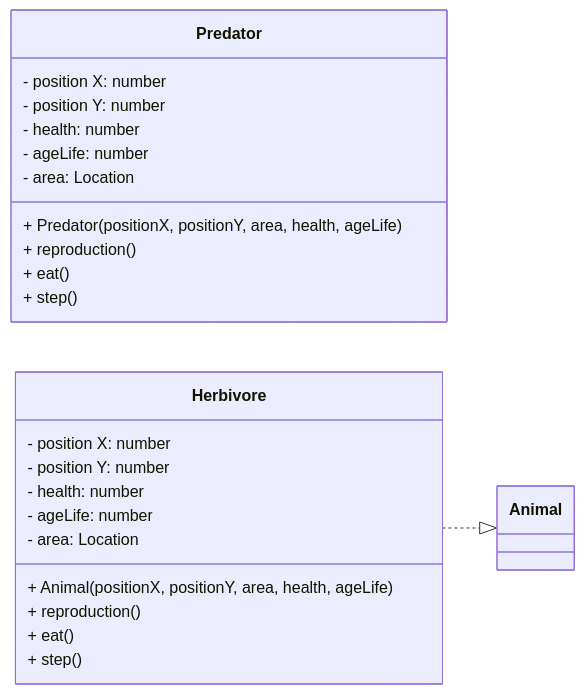
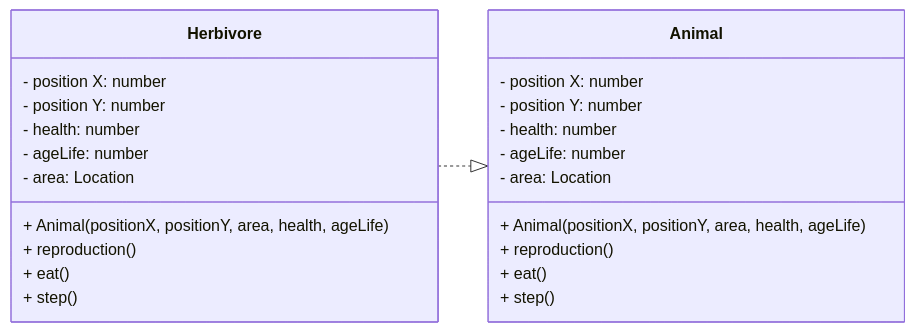
The seventh of 7 diagrams in README.md (Nikita-git-mouse/ppvis-2), drawn with Mermaid before and after one commit.

````diff
--- a/README.md
+++ b/README.md
@@ -168,29 +168,30 @@
 ```mermaid
 classDiagram
   direction LR
-  class Predator {
+  
+  class Herbivore {
     - position X: number
     - position Y: number
     - health: number
     - ageLife: number
     - area: Location
-    + Predator(positionX, positionY, area, health, ageLife)
+    + Animal(positionX, positionY, area, health, ageLife)
     + reproduction()
     + eat()
     + step()
   }
-  
-  class Herbivore {
+   
+     class Animal {
     - position X: number
     - position Y: number
     - health: number
     - ageLife: number
     - area: Location
     + Animal(positionX, positionY, area, health, ageLife)
     + reproduction()
     + eat()
     + step()
   }
 
    Herbivore ..|> Animal
 ``` 
````
